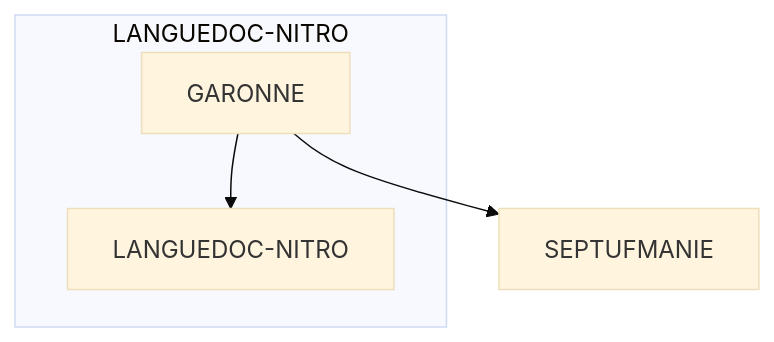
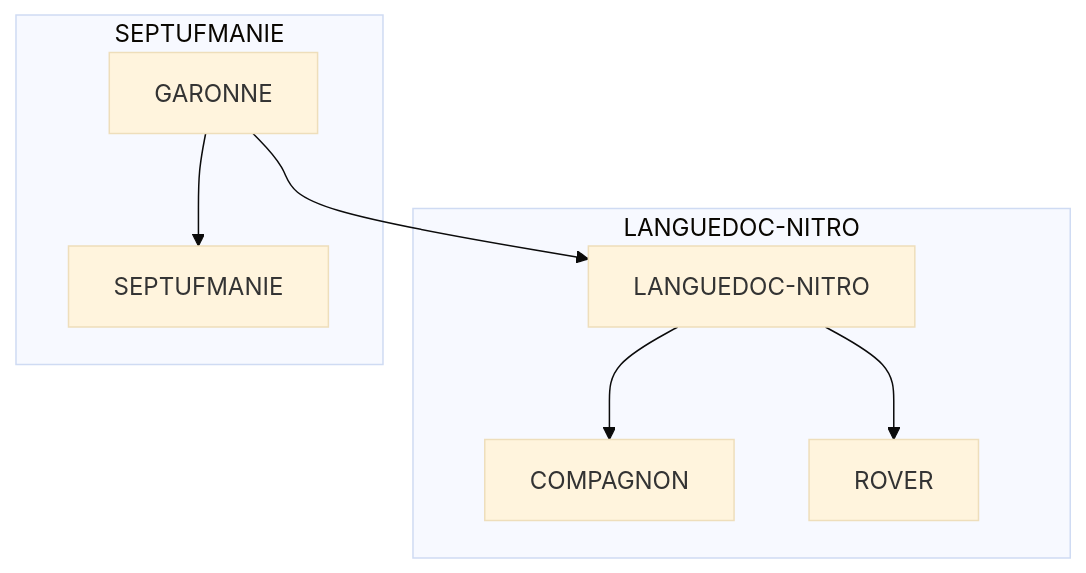
The diagram in README.md (Septimania/septimania), drawn with Mermaid (base theme) before and after one commit.

````diff
--- a/README.md
+++ b/README.md
@@ -113,7 +113,11 @@
 ```mermaid
   graph TD
+      A[GARONNE] --> B[LANGUEDOC-NITRO]
       subgraph LANGUEDOC-NITRO
-      A[GARONNE] --> B[LANGUEDOC-NITRO]
+      B --> C[COMPAGNON]
+      B --> D[ROVER]
       end
-      A --> C[SEPTUFMANIE]
+      subgraph SEPTUFMANIE
+      A --> E[SEPTUFMANIE]
+      end
 ```
````
